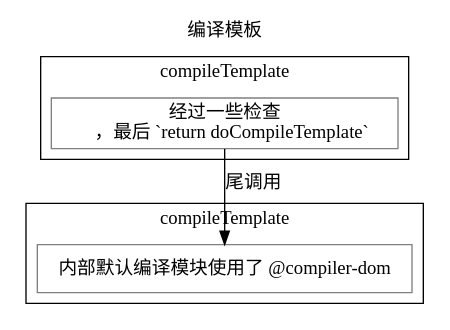
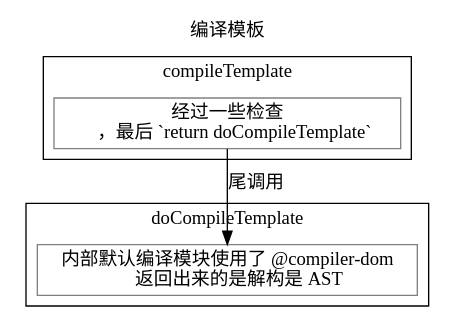
One commit to WingDust/DeepDiveVue3 changed the diagram in compiler.dot. Above: the diagram before and after it, drawn with Graphviz.

Commit message:
auto-commit

```diff
--- a/compiler.dot
+++ b/compiler.dot
@@ -1,25 +1,26 @@
 digraph compile {
 
   node [color=gray,shape=box,fontname="Cascadia Mono PL"]
   // 顶标题
   labelloc = "t"
   label="编译模板"
 
   subgraph cluster_compileTemplate{
     label="compileTemplate"
     fun[
     label="经过一些检查
     ，最后 `return doCompileTemplate`"
     ]
   }
   subgraph  cluster_doCompileTemplate{
-    label="compileTemplate"
+    label="doCompileTemplate"
     funs[
-      label="内部默认编译模块使用了 @compiler-dom"
+      label="内部默认编译模块使用了 @compiler-dom 
+      返回出来的是解构是 AST"
     ]
 
   }
 
   fun->  funs[label="尾调用"]
 
 }
```
